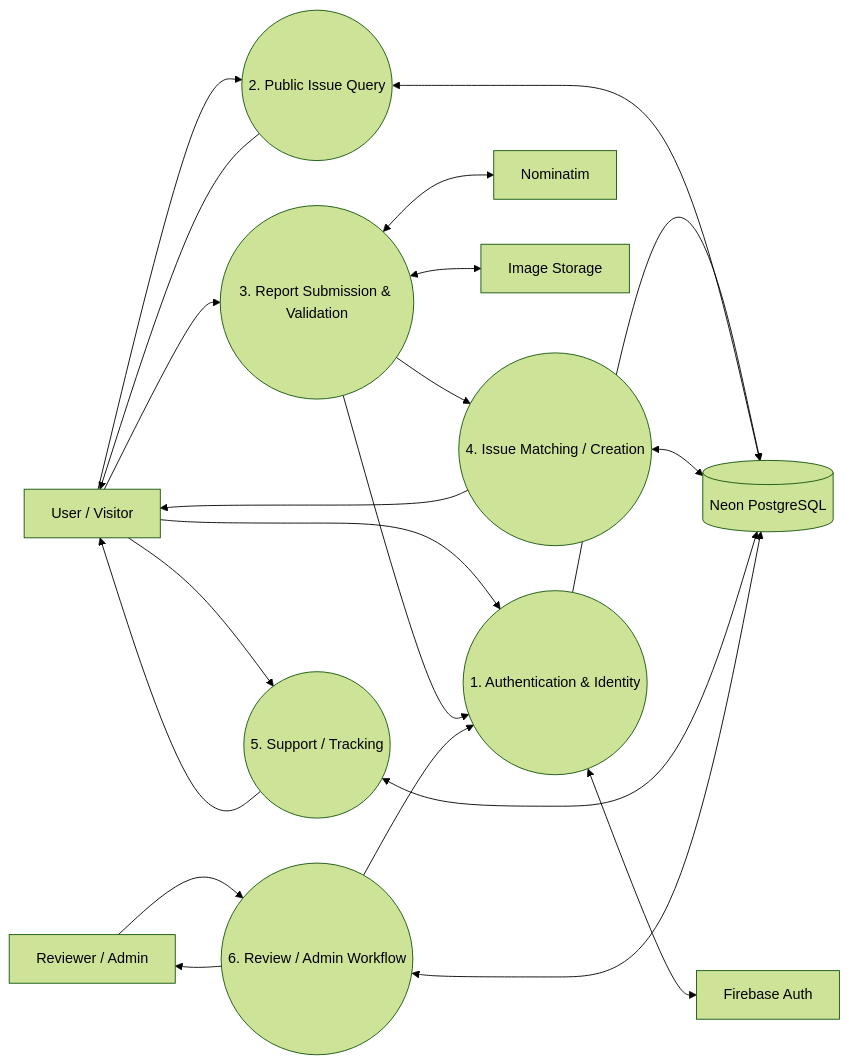
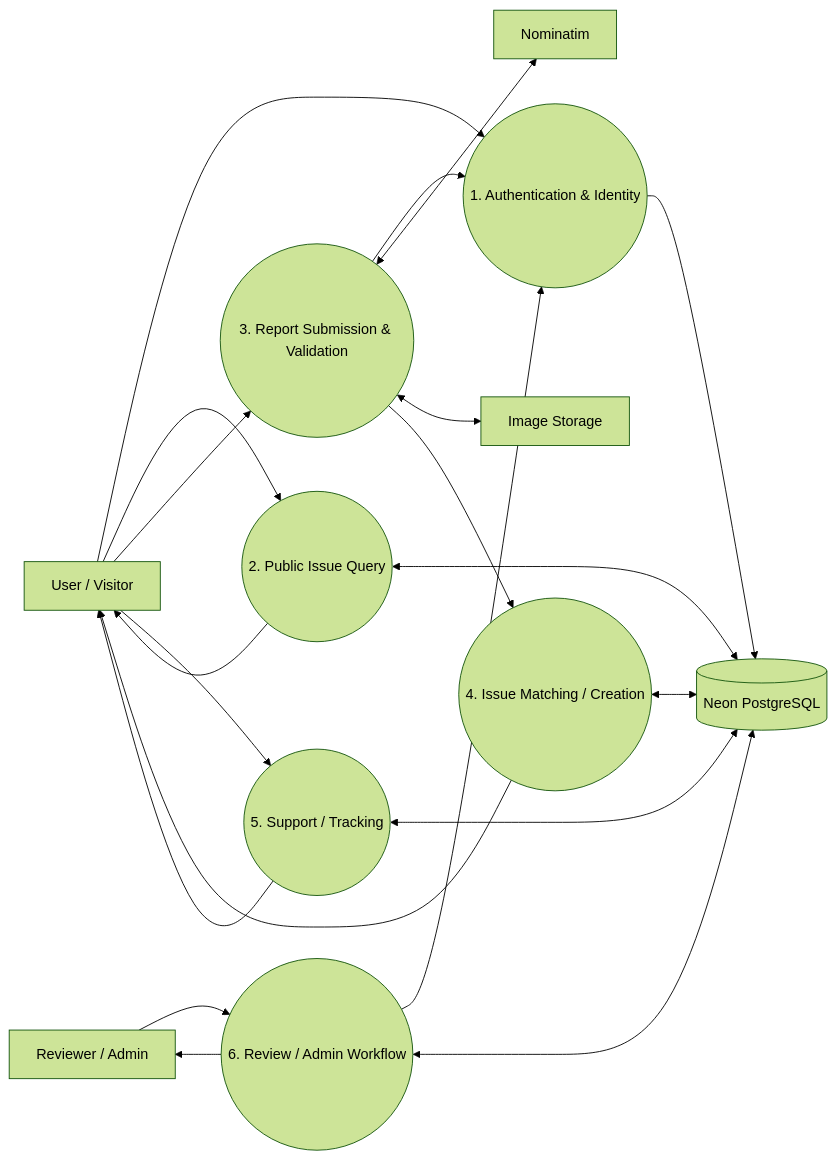
Before and after one commit to ff7hpp/GeoIssue: the diagram in docs/reference/diagrams/06_Data_Flow_DFD_Level_1.mmd, drawn with Mermaid (forest theme). The commit also changed 56 other files, not shown here.

```diff
--- a/docs/reference/diagrams/06_Data_Flow_DFD_Level_1.mmd
+++ b/docs/reference/diagrams/06_Data_Flow_DFD_Level_1.mmd
@@ -1,21 +1,20 @@
 flowchart LR
   User[User / Visitor] --> P1((1. Authentication & Identity))
-  P1 <--> Firebase[Firebase Auth]
   P1 --> DB[(Neon PostgreSQL)]
   User --> P2((2. Public Issue Query))
   P2 <--> DB
   P2 --> User
   User --> P3((3. Report Submission & Validation))
   P3 --> P1
   P3 <--> Nominatim[Nominatim]
   P3 <--> Storage[Image Storage]
   P3 --> P4((4. Issue Matching / Creation))
   P4 <--> DB
   P4 --> User
   User --> P5((5. Support / Tracking))
   P5 <--> DB
   P5 --> User
   Reviewer[Reviewer / Admin] --> P6((6. Review / Admin Workflow))
   P6 --> P1
   P6 <--> DB
   P6 --> Reviewer
```
